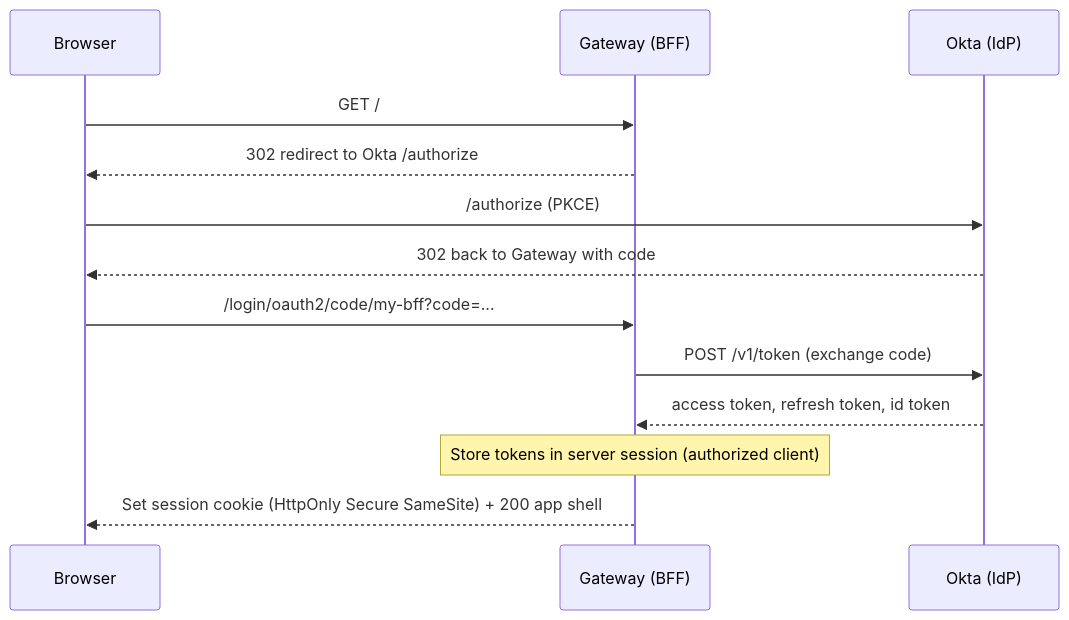
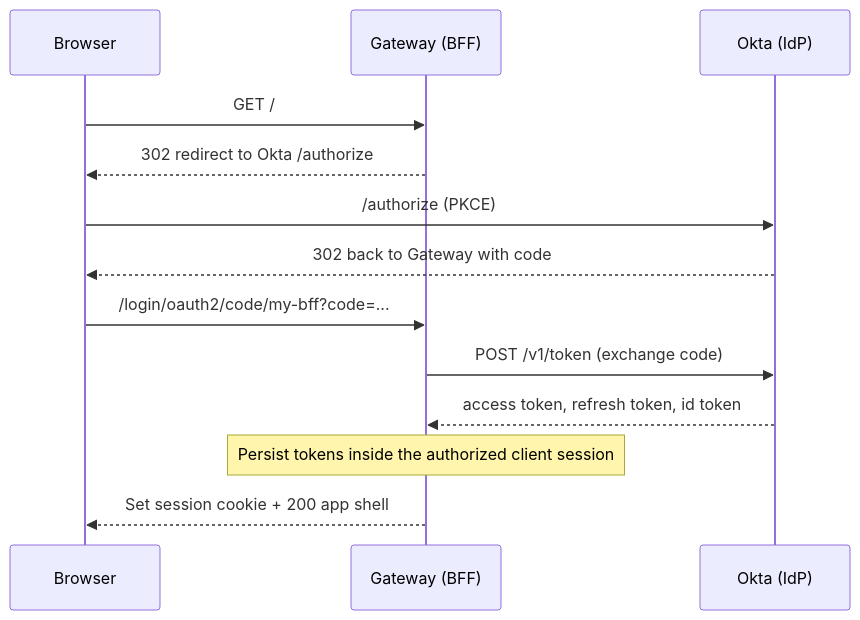
The first of 7 diagrams in backend/docs/refresh-token/okta_token_refresh_flows.md (FredX123/sso-demo), drawn with Mermaid before and after one commit. The commit also changed other lines of this file and 3 other files, not shown here.

````diff
--- a/backend/docs/refresh-token/okta_token_refresh_flows.md
+++ b/backend/docs/refresh-token/okta_token_refresh_flows.md
@@ -8,16 +8,16 @@
 ```mermaid
 sequenceDiagram
   participant Browser
   participant Gateway as Gateway (BFF)
   participant Okta as Okta (IdP)
 
   Browser->>Gateway: GET /
   Gateway-->>Browser: 302 redirect to Okta /authorize
   Browser->>Okta: /authorize (PKCE)
   Okta-->>Browser: 302 back to Gateway with code
   Browser->>Gateway: /login/oauth2/code/my-bff?code=...
   Gateway->>Okta: POST /v1/token (exchange code)
   Okta-->>Gateway: access token, refresh token, id token
-  Note over Gateway: Store tokens in server session (authorized client)
-  Gateway-->>Browser: Set session cookie (HttpOnly Secure SameSite) + 200 app shell
+  Note over Gateway: Persist tokens inside the authorized client session
+  Gateway-->>Browser: Set session cookie + 200 app shell
 ```
````
